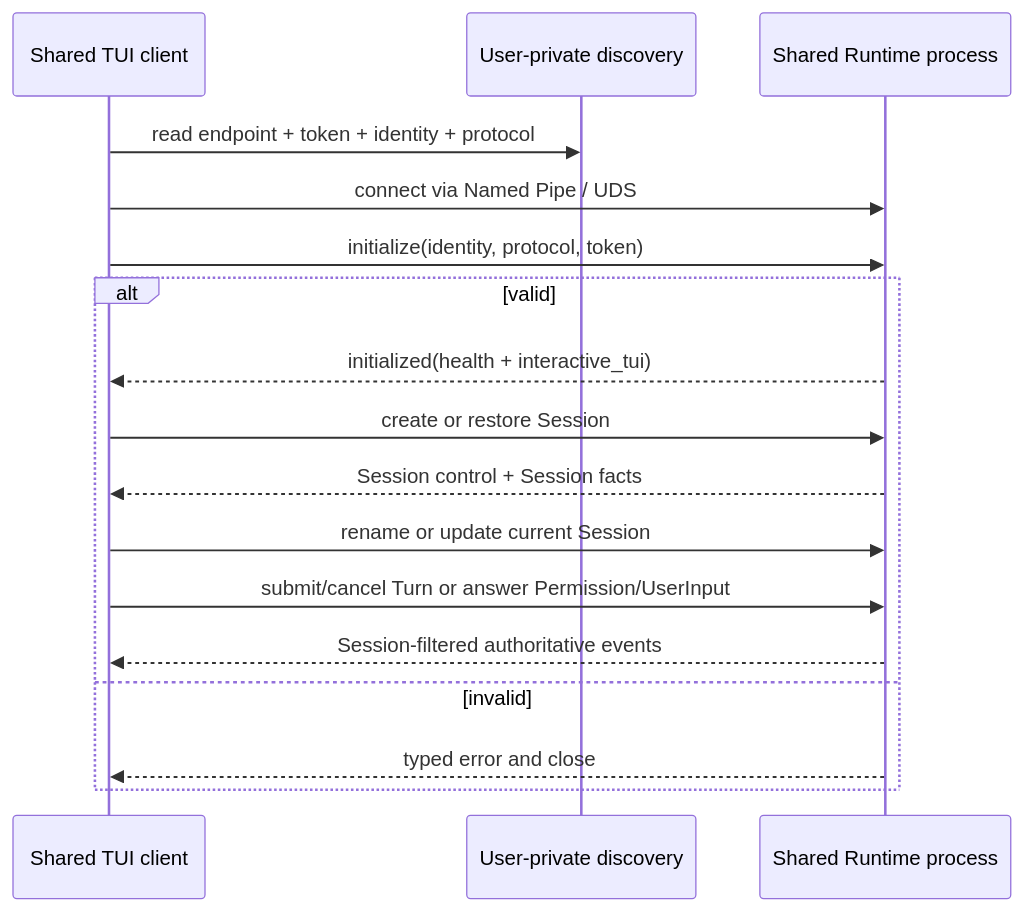
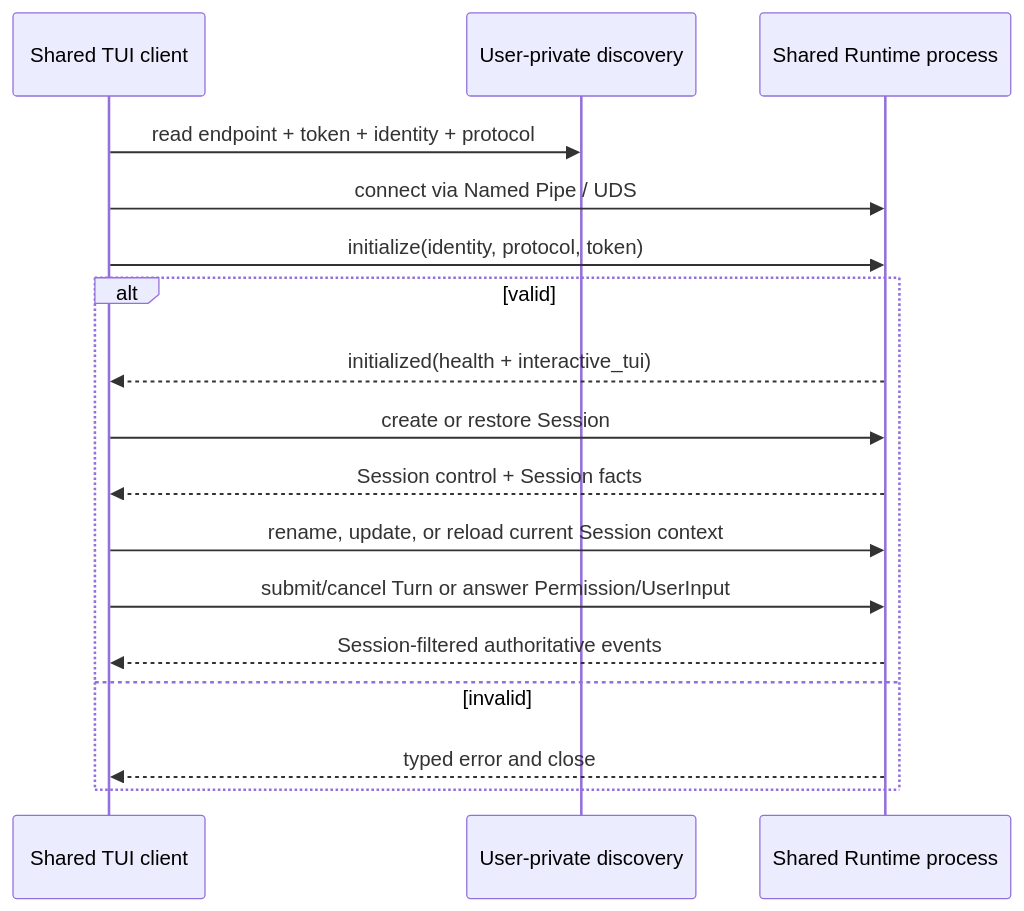
Before and after one commit to 1688mengdie/BitFun: the seventh of 12 diagrams in docs/architecture/agent-runtime-deployment-design.md, drawn with Mermaid. The commit also changed other lines of this file and 59 other files, not shown here.

Commit message:
feat(context): unify declarative context reload

````diff
--- a/docs/architecture/agent-runtime-deployment-design.md
+++ b/docs/architecture/agent-runtime-deployment-design.md
@@ -186,20 +186,20 @@
 ```mermaid
 sequenceDiagram
   participant C as Shared TUI client
   participant D as User-private discovery
   participant S as Shared Runtime process
 
   C->>D: read endpoint + token + identity + protocol
   C->>S: connect via Named Pipe / UDS
   C->>S: initialize(identity, protocol, token)
   alt valid
     S-->>C: initialized(health + interactive_tui)
     C->>S: create or restore Session
     S-->>C: Session control + Session facts
-    C->>S: rename or update current Session
+    C->>S: rename, update, or reload current Session context
     C->>S: submit/cancel Turn or answer Permission/UserInput
     S-->>C: Session-filtered authoritative events
   else invalid
     S-->>C: typed error and close
   end
 ```
````
